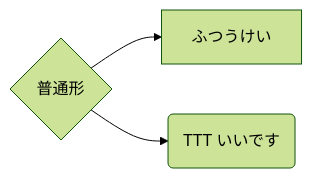
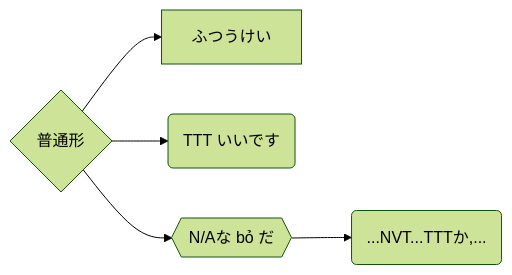
The diagram in The/普通形.md (tea1504/learn), drawn with Mermaid (forest theme) before and after one commit. The commit also changed 16 other files, not shown here.

````diff
--- a/The/普通形.md
+++ b/The/普通形.md
@@ -1,5 +1,8 @@
 ```mermaid
 graph LR;
     TTT{普通形}-->ふつうけい
     TTT-->nen(TTT いいです)
+    TTT-->boDa{{N/Aな bỏ だ}}
+    boDa-->longCauNghiVan(...NVT...TTTか,...)
+
 ```
````
